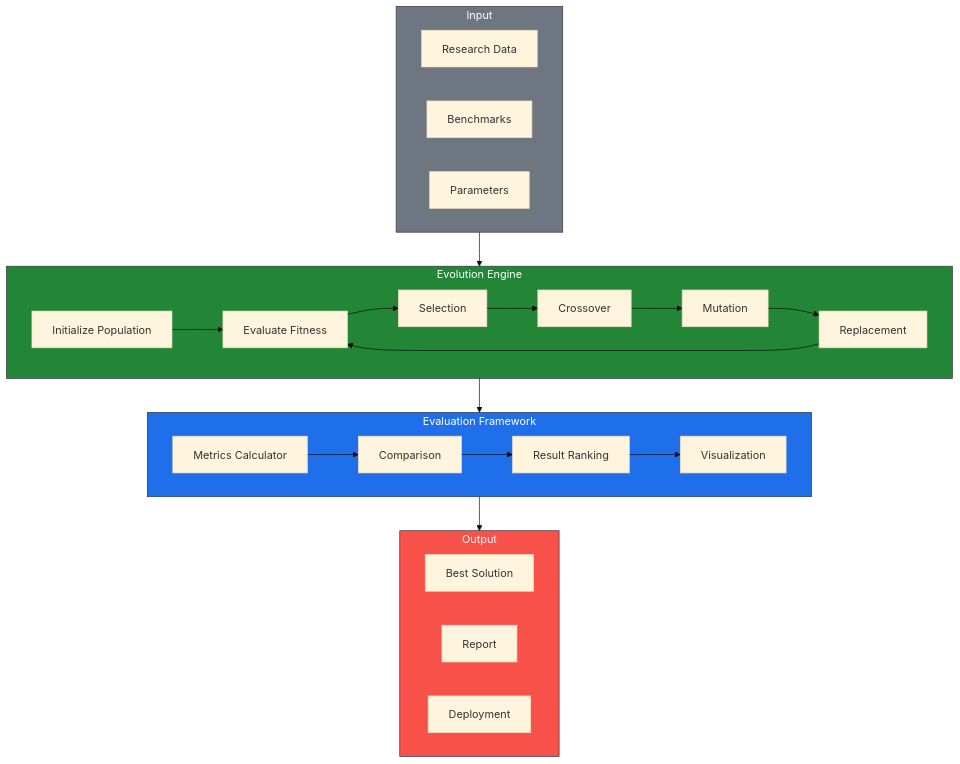
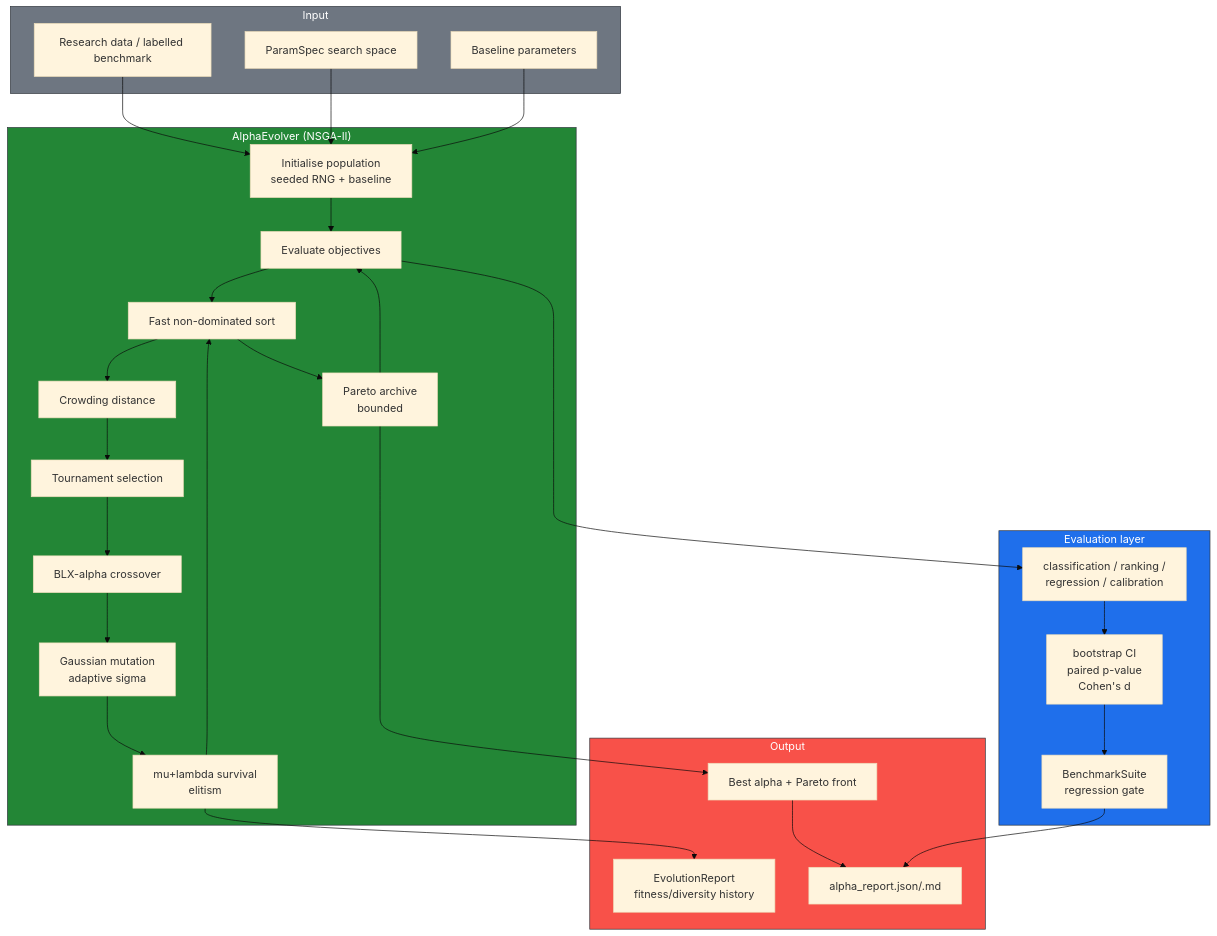
Before and after one commit to AAH20/acquisition-platform-research: the diagram in diagrams/evolution_framework.mmd, drawn with Mermaid (base theme). The commit also changed 21 other files, not shown here.

First line of the commit message:
feat: NSGA-II alpha evolution engine with measured held-out gains

```diff
--- a/diagrams/evolution_framework.mmd
+++ b/diagrams/evolution_framework.mmd
@@ -1,48 +1,56 @@
 flowchart TD
     subgraph Input["Input"]
-        DATA[Research Data]
-        BENCH[Benchmarks]
-        PARAMS[Parameters]
+        DATA["Research data / labelled benchmark"]
+        SPEC["ParamSpec search space"]
+        BASE["Baseline parameters"]
     end
 
-    subgraph Evolution["Evolution Engine"]
-        INIT[Initialize Population]
-        EVAL[Evaluate Fitness]
-        SELECT[Selection]
-        CROSS[Crossover]
-        MUTATE[Mutation]
-        REPLACEMENT[Replacement]
+    subgraph Evolution["AlphaEvolver (NSGA-II)"]
+        INIT["Initialise population<br/>seeded RNG + baseline"]
+        EVAL["Evaluate objectives"]
+        SORT["Fast non-dominated sort"]
+        CROWD["Crowding distance"]
+        SELECT["Tournament selection"]
+        CROSS["BLX-alpha crossover"]
+        MUTATE["Gaussian mutation<br/>adaptive sigma"]
+        MERGE["mu+lambda survival<br/>elitism"]
+        ARCHIVE["Pareto archive<br/>bounded"]
     end
 
-    subgraph Evaluation["Evaluation Framework"]
-        METRICS[Metrics Calculator]
-        COMPARISON[Comparison]
-        RANKING[Result Ranking]
-        VISUAL[Visualization]
+    subgraph Evaluation["Evaluation layer"]
+        METRICS["classification / ranking /<br/>regression / calibration"]
+        STATS["bootstrap CI<br/>paired p-value<br/>Cohen's d"]
+        GATE["BenchmarkSuite<br/>regression gate"]
     end
 
     subgraph Output["Output"]
-        BEST[Best Solution]
-        REPORT[Report]
-        DEPLOY[Deployment]
+        BEST["Best alpha + Pareto front"]
+        REPORT["EvolutionReport<br/>fitness/diversity history"]
+        ARTIFACT["alpha_report.json/.md"]
     end
 
-    Input --> Evolution
-    Evolution --> Evaluation
-    Evaluation --> Output
-
+    DATA --> INIT
+    SPEC --> INIT
+    BASE --> INIT
     INIT --> EVAL
-    EVAL --> SELECT
+    EVAL --> SORT
+    SORT --> CROWD
+    CROWD --> SELECT
     SELECT --> CROSS
     CROSS --> MUTATE
-    MUTATE --> REPLACEMENT
-    REPLACEMENT --> EVAL
-
-    METRICS --> COMPARISON
-    COMPARISON --> RANKING
-    RANKING --> VISUAL
+    MUTATE --> MERGE
+    MERGE --> SORT
+    SORT --> ARCHIVE
+    ARCHIVE --> EVAL
+    EVAL --> METRICS
+    METRICS --> STATS
+    STATS --> GATE
+    ARCHIVE --> BEST
+    MERGE --> REPORT
+    BEST --> ARTIFACT
+    GATE --> ARTIFACT
 
     style Input fill:#6e7681,stroke:#30363d,color:#fff
     style Evolution fill:#238636,stroke:#30363d,color:#fff
     style Evaluation fill:#1f6feb,stroke:#30363d,color:#fff
     style Output fill:#f85149,stroke:#30363d,color:#fff
```
